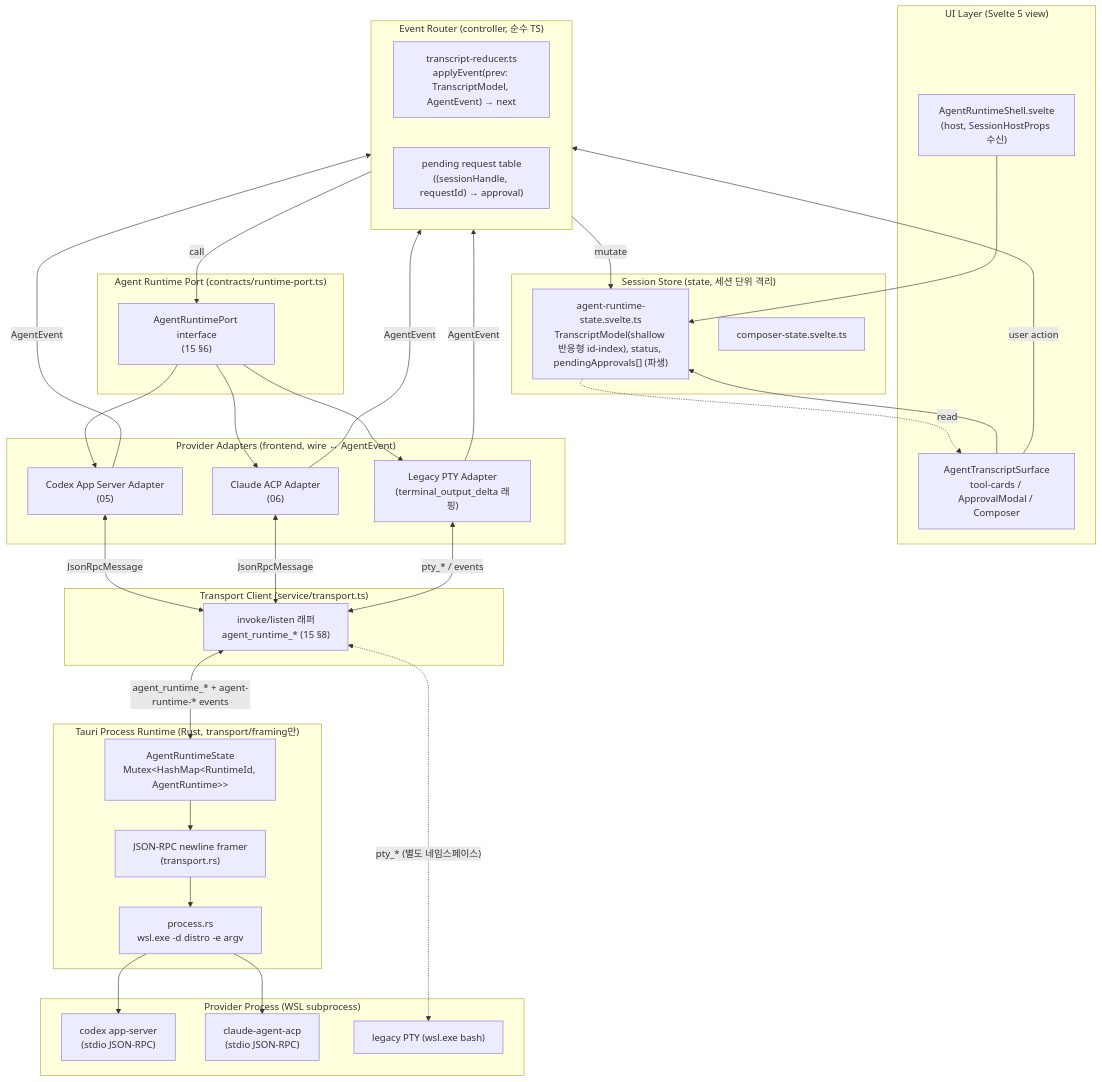
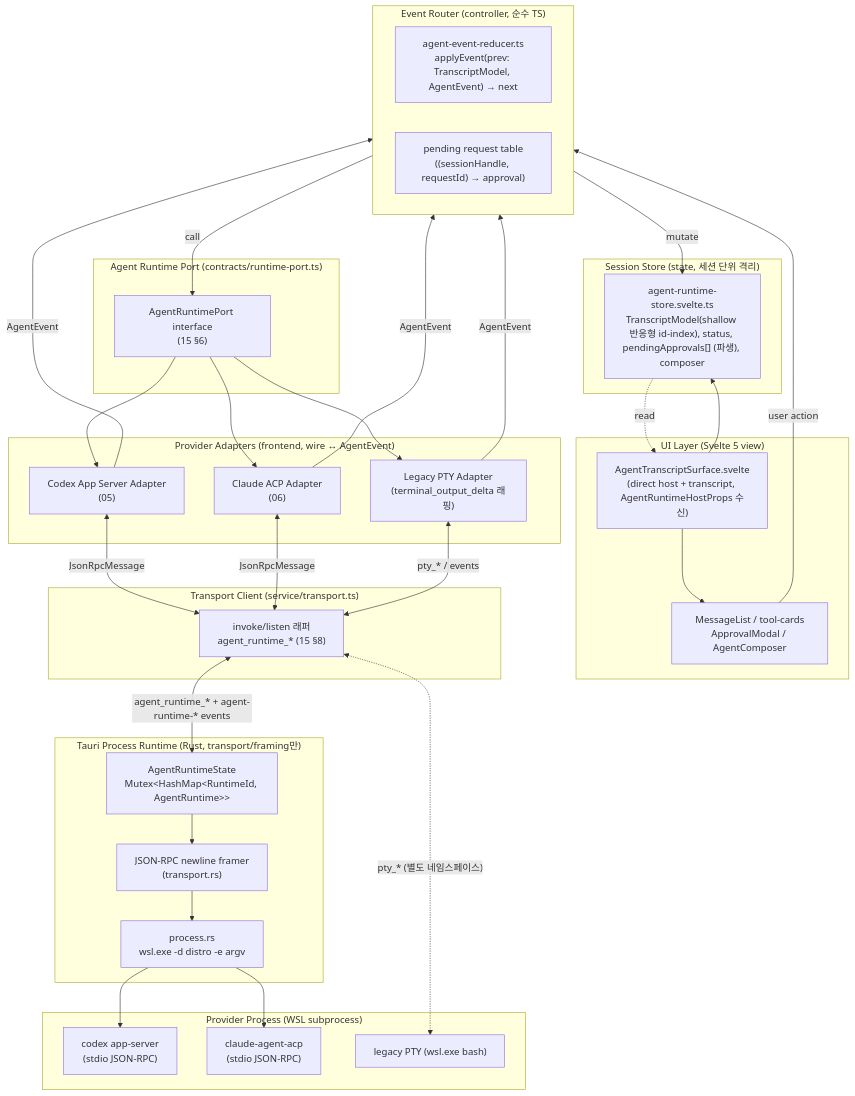
One commit to ummoftgo/clcomx changed the diagram in docs/plans/agent-direct-runtime/03-target-architecture.md. Above: the diagram before and after it, drawn with Mermaid. The commit also changed other lines of this file and 187 other files, not shown here.

First line of the commit message:
chore(agent-runtime): OQ-16 실행 전 WIP 스냅샷(클린 베이스)

````diff
--- a/docs/plans/agent-direct-runtime/03-target-architecture.md
+++ b/docs/plans/agent-direct-runtime/03-target-architecture.md
@@ -28,65 +28,64 @@
 ```mermaid
 flowchart TB
   subgraph UI["UI Layer (Svelte 5 view)"]
-    Shell["AgentRuntimeShell.svelte<br/>(host, SessionHostProps 수신)"]
-    Transcript["AgentTranscriptSurface<br/>tool-cards / ApprovalModal / Composer"]
+    Host["AgentTranscriptSurface.svelte<br/>(direct host + transcript, AgentRuntimeHostProps 수신)"]
+    ViewParts["MessageList / tool-cards<br/>ApprovalModal / AgentComposer"]
   end
 
   subgraph Store["Session Store (state, 세션 단위 격리)"]
-    RtState["agent-runtime-state.svelte.ts<br/>TranscriptModel(shallow 반응형 id-index), status, pendingApprovals[] (파생)"]
-    Composer["composer-state.svelte.ts"]
+    RtState["agent-runtime-store.svelte.ts<br/>TranscriptModel(shallow 반응형 id-index), status, pendingApprovals[] (파생), composer"]
   end
 
   subgraph Router["Event Router (controller, 순수 TS)"]
-    Reducer["transcript-reducer.ts<br/>applyEvent(prev: TranscriptModel, AgentEvent) → next"]
+    Reducer["agent-event-reducer.ts<br/>applyEvent(prev: TranscriptModel, AgentEvent) → next"]
     PendingTbl["pending request table<br/>((sessionHandle, requestId) → approval)"]
   end
 
   subgraph Port["Agent Runtime Port (contracts/runtime-port.ts)"]
     PortIf["AgentRuntimePort interface<br/>(15 §6)"]
   end
 
   subgraph Adapters["Provider Adapters (frontend, wire ↔ AgentEvent)"]
     CodexAd["Codex App Server Adapter<br/>(05)"]
     ClaudeAd["Claude ACP Adapter<br/>(06)"]
     LegacyAd["Legacy PTY Adapter<br/>(terminal_output_delta 래핑)"]
   end
 
   subgraph Transport["Transport Client (service/transport.ts)"]
     TClient["invoke/listen 래퍼<br/>agent_runtime_* (15 §8)"]
   end
 
   subgraph Backend["Tauri Process Runtime (Rust, transport/framing만)"]
     RtMgr["AgentRuntimeState<br/>Mutex&lt;HashMap&lt;RuntimeId, AgentRuntime&gt;&gt;"]
     Framer["JSON-RPC newline framer<br/>(transport.rs)"]
     Proc["process.rs<br/>wsl.exe -d distro -e argv"]
   end
 
   subgraph Provider["Provider Process (WSL subprocess)"]
     CodexP["codex app-server<br/>(stdio JSON-RPC)"]
     ClaudeP["claude-agent-acp<br/>(stdio JSON-RPC)"]
     PtyP["legacy PTY (wsl.exe bash)"]
   end
 
-  Shell --> RtState
-  Transcript --> RtState
-  Transcript -->|user action| Router
-  RtState -. read .-> Transcript
+  Host --> RtState
+  Host --> ViewParts
+  ViewParts -->|user action| Router
+  RtState -. read .-> Host
   Router -->|mutate| RtState
   Router -->|call| PortIf
   PortIf --> CodexAd
   PortIf --> ClaudeAd
   PortIf --> LegacyAd
   CodexAd -->|AgentEvent| Router
   ClaudeAd -->|AgentEvent| Router
   LegacyAd -->|AgentEvent| Router
   CodexAd <-->|JsonRpcMessage| TClient
   ClaudeAd <-->|JsonRpcMessage| TClient
   LegacyAd <-->|pty_* / events| TClient
   TClient <-->|"agent_runtime_* + agent-runtime-* events"| RtMgr
   RtMgr --> Framer
   Framer --> Proc
   Proc --> CodexP
   Proc --> ClaudeP
   TClient <-.->|"pty_* (별도 네임스페이스)"| PtyP
 ```
````
